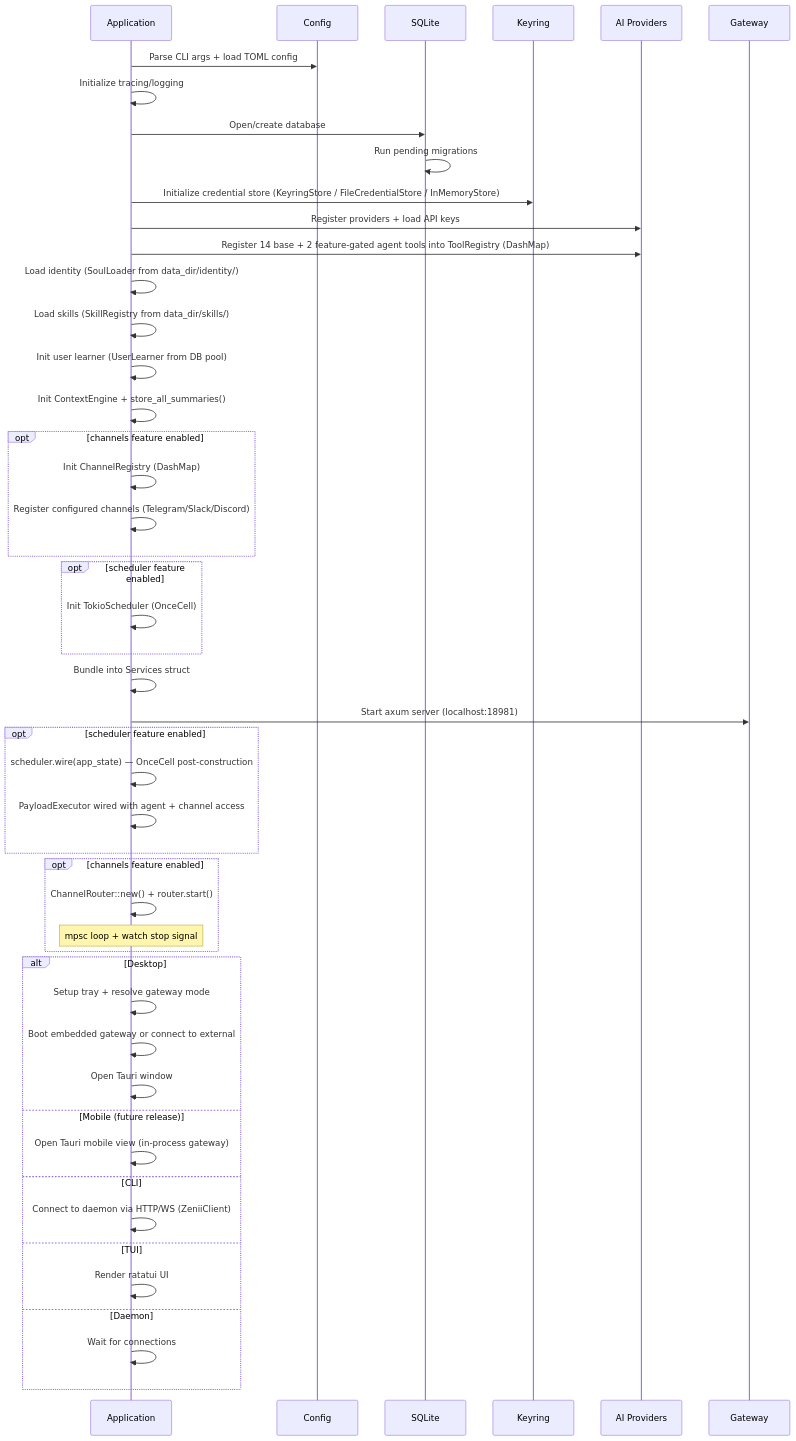
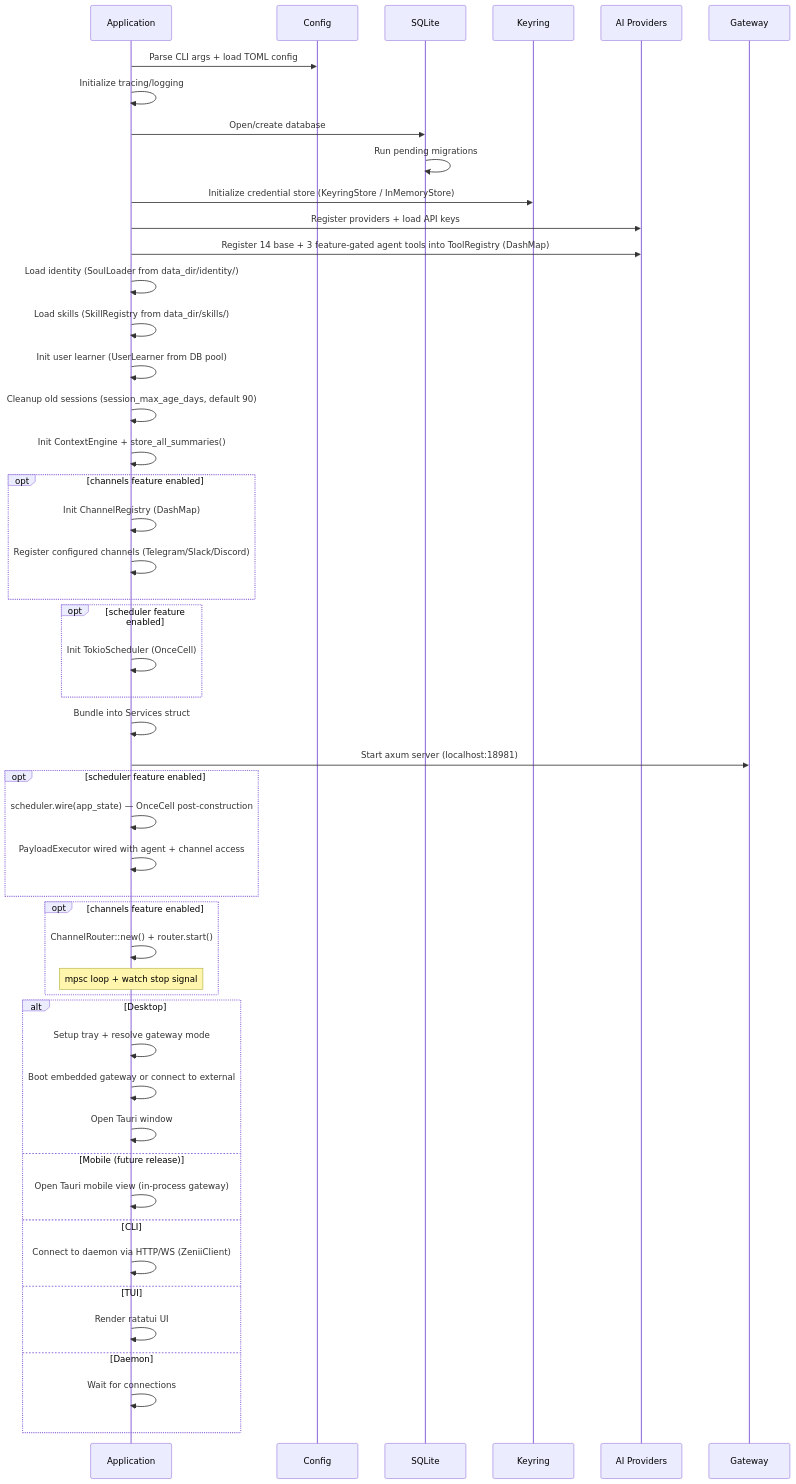
The second of 26 diagrams in docs-site/docs/processes.md (sprklai/zenii), drawn with Mermaid before and after one commit. The commit also changed other lines of this file and 8 other files, not shown here.

````diff
--- a/docs-site/docs/processes.md
+++ b/docs-site/docs/processes.md
@@ -88,52 +88,53 @@
 ```mermaid
 sequenceDiagram
     participant App as Application
     participant Cfg as Config
     participant DB as SQLite
     participant Cred as Keyring
     participant AI as AI Providers
     participant GW as Gateway
 
     App->>Cfg: Parse CLI args + load TOML config
     App->>App: Initialize tracing/logging
     App->>DB: Open/create database
     DB->>DB: Run pending migrations
-    App->>Cred: Initialize credential store (KeyringStore / FileCredentialStore / InMemoryStore)
+    App->>Cred: Initialize credential store (KeyringStore / InMemoryStore)
     App->>AI: Register providers + load API keys
-    App->>AI: Register 14 base + 2 feature-gated agent tools into ToolRegistry (DashMap)
+    App->>AI: Register 14 base + 3 feature-gated agent tools into ToolRegistry (DashMap)
     App->>App: Load identity (SoulLoader from data_dir/identity/)
     App->>App: Load skills (SkillRegistry from data_dir/skills/)
     App->>App: Init user learner (UserLearner from DB pool)
+    App->>App: Cleanup old sessions (session_max_age_days, default 90)
     App->>App: Init ContextEngine + store_all_summaries()
     opt channels feature enabled
         App->>App: Init ChannelRegistry (DashMap)
         App->>App: Register configured channels (Telegram/Slack/Discord)
     end
     opt scheduler feature enabled
         App->>App: Init TokioScheduler (OnceCell)
     end
     App->>App: Bundle into Services struct
     App->>GW: Start axum server (localhost:18981)
     opt scheduler feature enabled
         App->>App: scheduler.wire(app_state) — OnceCell post-construction
         App->>App: PayloadExecutor wired with agent + channel access
     end
     opt channels feature enabled
         App->>App: ChannelRouter::new() + router.start()
         Note over App: mpsc loop + watch stop signal
     end
 
     alt Desktop
         App->>App: Setup tray + resolve gateway mode
         App->>App: Boot embedded gateway or connect to external
         App->>App: Open Tauri window
     else Mobile (future release)
         App->>App: Open Tauri mobile view (in-process gateway)
     else CLI
         App->>App: Connect to daemon via HTTP/WS (ZeniiClient)
     else TUI
         App->>App: Render ratatui UI
     else Daemon
         App->>App: Wait for connections
     end
 ```
````
